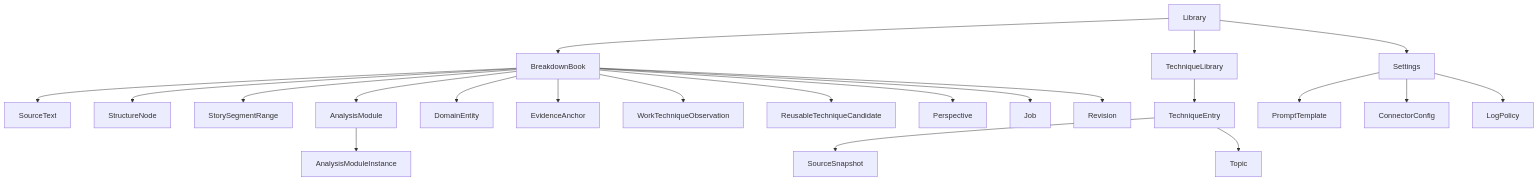
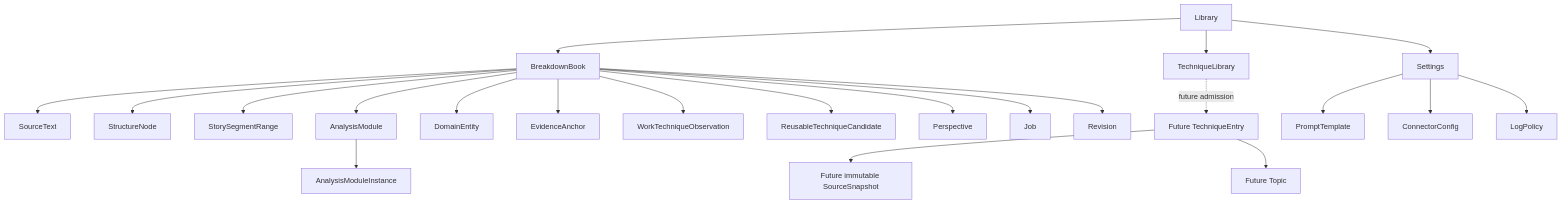
One commit to Orenjiyuro/WriteStorm changed the second of 2 diagrams in docs/product/write-storm-product-design.md. Above: the diagram before and after it, drawn with Mermaid. The commit also changed other lines of this file and 133 other files, not shown here.

````diff
--- a/docs/product/write-storm-product-design.md
+++ b/docs/product/write-storm-product-design.md
@@ -1165,28 +1191,28 @@
 ```mermaid
 flowchart TB
   Library["Library"]
   Library --> BreakdownBook["BreakdownBook"]
   Library --> TechniqueLibrary["TechniqueLibrary"]
   Library --> Settings["Settings"]
 
   BreakdownBook --> SourceText["SourceText"]
   BreakdownBook --> StructureNode["StructureNode"]
   BreakdownBook --> StorySegmentRange["StorySegmentRange"]
   BreakdownBook --> AnalysisModule["AnalysisModule"]
   AnalysisModule --> AnalysisModuleInstance["AnalysisModuleInstance"]
   BreakdownBook --> DomainEntity["DomainEntity"]
   BreakdownBook --> EvidenceAnchor["EvidenceAnchor"]
   BreakdownBook --> WorkTechniqueObservation["WorkTechniqueObservation"]
   BreakdownBook --> ReusableTechniqueCandidate["ReusableTechniqueCandidate"]
   BreakdownBook --> Perspective["Perspective"]
   BreakdownBook --> Job["Job"]
   BreakdownBook --> Revision["Revision"]
 
-  TechniqueLibrary --> TechniqueEntry["TechniqueEntry"]
-  TechniqueEntry --> SourceSnapshot["SourceSnapshot"]
-  TechniqueEntry --> Topic["Topic"]
+  TechniqueLibrary -. future admission .-> TechniqueEntry["Future TechniqueEntry"]
+  TechniqueEntry --> SourceSnapshot["Future immutable SourceSnapshot"]
+  TechniqueEntry --> Topic["Future Topic"]
 
   Settings --> PromptTemplate["PromptTemplate"]
   Settings --> ConnectorConfig["ConnectorConfig"]
   Settings --> LogPolicy["LogPolicy"]
 ```
````
